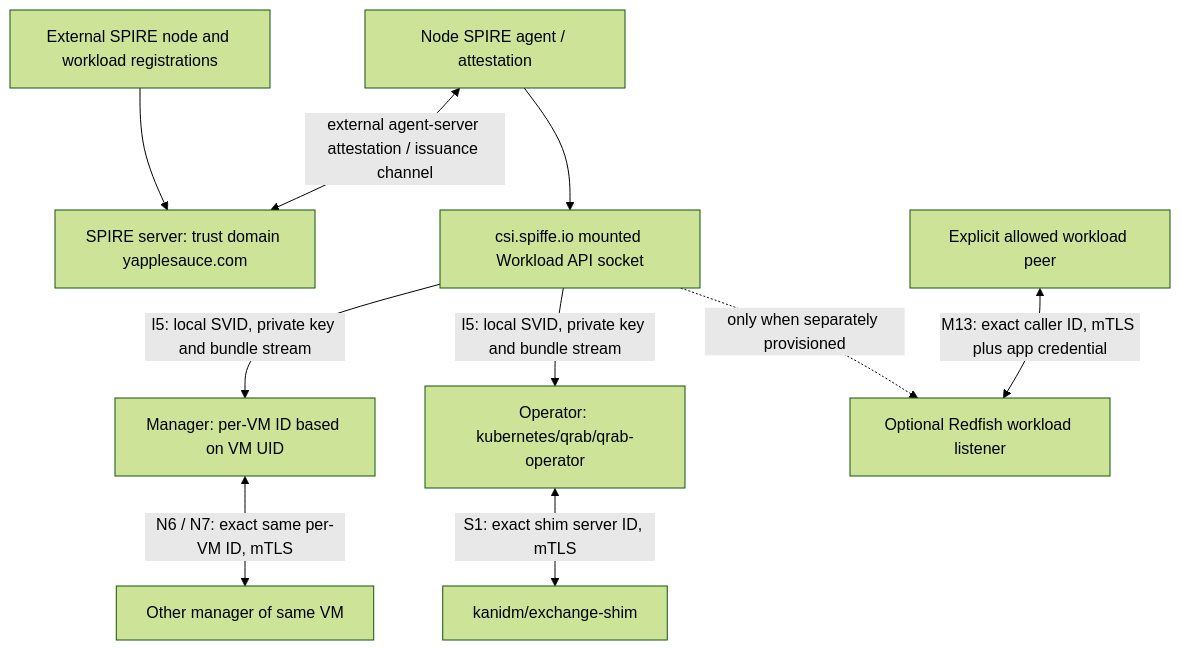
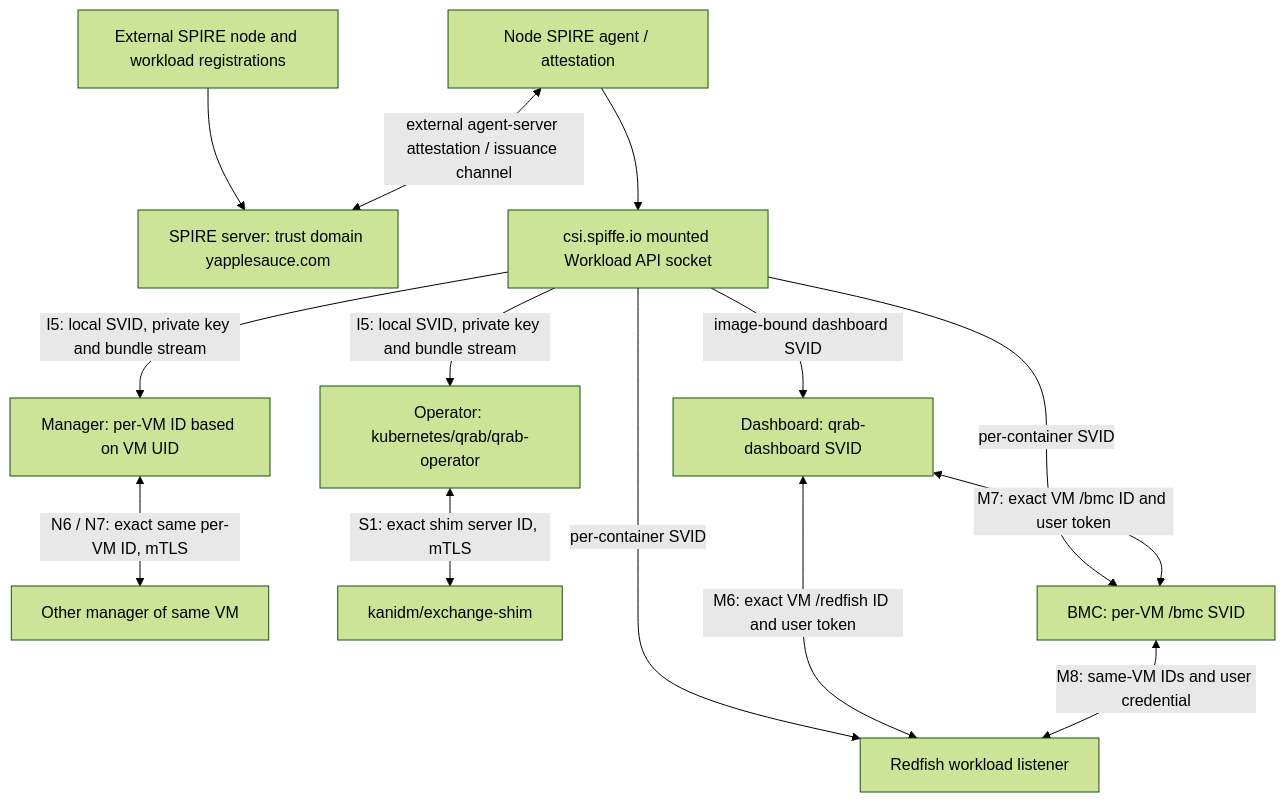
The first of 2 diagrams in docs/connections/identity.md (SamYaple/qrab), drawn with Mermaid (forest theme) before and after one commit. The commit also changed other lines of this file and 35 other files, not shown here.

Commit message:
Encrypt dashboard and BMC management paths with container-scoped SPIFFE mTLS (work/dashboard-bmc-mtls)

````diff
--- a/docs/connections/identity.md
+++ b/docs/connections/identity.md
@@ -41,22 +41,27 @@
 ```mermaid
 flowchart TB
     config["External SPIRE node and workload registrations"]
     server["SPIRE server: trust domain yapplesauce.com"]
     agent["Node SPIRE agent / attestation"]
     csi["csi.spiffe.io mounted Workload API socket"]
     vm["Manager: per-VM ID based on VM UID"]
     op["Operator: kubernetes/qrab/qrab-operator"]
-    rf["Optional Redfish workload listener"]
+    rf["Redfish workload listener"]
     other["Other manager of same VM"]
     shim["kanidm/exchange-shim"]
-    caller["Explicit allowed workload peer"]
+    caller["Dashboard: qrab-dashboard SVID"]
+    bmc["BMC: per-VM /bmc SVID"]
     config --> server
     agent <-->|"external agent-server attestation / issuance channel"| server
     agent --> csi
     csi -->|"I5: local SVID, private key and bundle stream"| vm
     csi -->|"I5: local SVID, private key and bundle stream"| op
-    csi -.->|"only when separately provisioned"| rf
+    csi -->|"per-container SVID"| rf
+    csi -->|"per-container SVID"| bmc
+    csi -->|"image-bound dashboard SVID"| caller
     vm <-->|"N6 / N7: exact same per-VM ID, mTLS"| other
     op <-->|"S1: exact shim server ID, mTLS"| shim
-    caller <-->|"M13: exact caller ID, mTLS plus app credential"| rf
+    caller <-->|"M6: exact VM /redfish ID and user token"| rf
+    caller <-->|"M7: exact VM /bmc ID and user token"| bmc
+    bmc <-->|"M8: same-VM IDs and user credential"| rf
 ```
````
